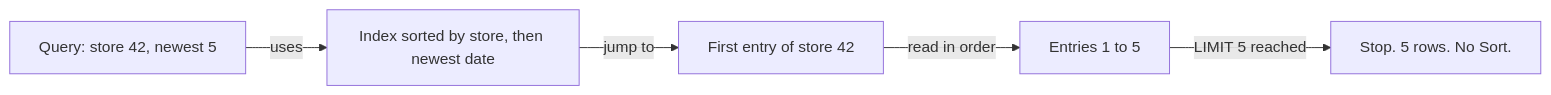
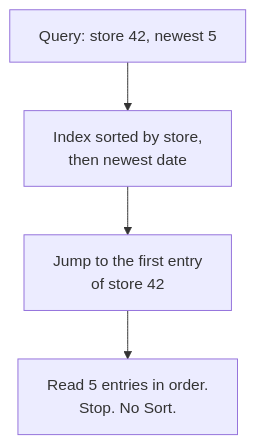
Before and after one commit to starjustice/research-material: the first of 2 diagrams in learn/database/10-composite-partial-and-covering-indexes.md, drawn with Mermaid. The commit also changed other lines of this file, not shown here.

````diff
--- a/learn/database/10-composite-partial-and-covering-indexes.md
+++ b/learn/database/10-composite-partial-and-covering-indexes.md
@@ -32,7 +15,6 @@
 ```mermaid
-graph LR
-    Q["Query: store 42, newest 5"] -->|uses| I["Index sorted by store, then newest date"]
-    I -->|jump to| J["First entry of store 42"]
-    J -->|read in order| R["Entries 1 to 5"]
-    R -->|LIMIT 5 reached| S["Stop. 5 rows. No Sort."]
+graph TB
+    Q["Query: store 42, newest 5"] --> I["Index sorted by store,<br/>then newest date"]
+    I --> J["Jump to the first entry<br/>of store 42"]
+    J --> R["Read 5 entries in order.<br/>Stop. No Sort."]
 ```
````
